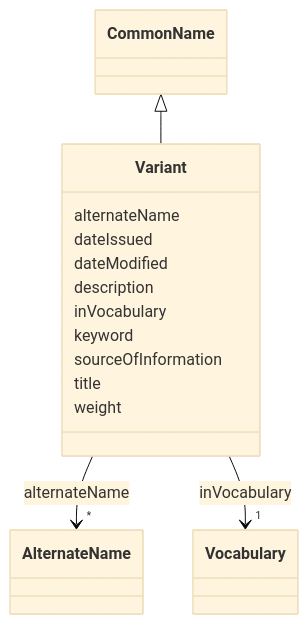
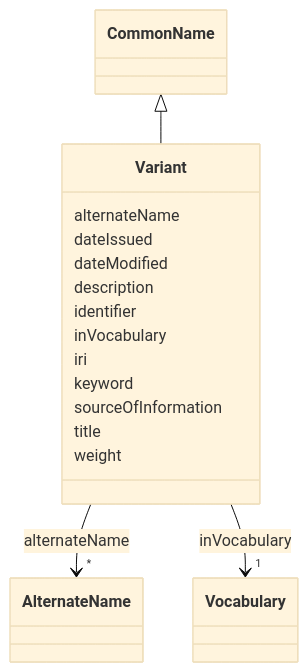
The diagram in models/docs/Variant.md (EVORA-project/evora-ontology), drawn with Mermaid (base theme) before and after one commit. The commit also changed other lines of this file and 391 other files, not shown here.

````diff
--- a/models/docs/Variant.md
+++ b/models/docs/Variant.md
@@ -19,41 +19,45 @@
 ```mermaid
  classDiagram
     class Variant
     click Variant href "../Variant"
       CommonName <|-- Variant
         click CommonName href "../CommonName"
       
       Variant : alternateName
         
           
     
     
     Variant --> "*" AlternateName : alternateName
     click AlternateName href "../AlternateName"
 
         
       Variant : dateIssued
         
       Variant : dateModified
         
       Variant : description
         
+      Variant : identifier
+        
       Variant : inVocabulary
         
           
     
     
     Variant --> "1" Vocabulary : inVocabulary
     click Vocabulary href "../Vocabulary"
 
+        
+      Variant : iri
         
       Variant : keyword
         
       Variant : sourceOfInformation
         
       Variant : title
         
       Variant : weight
         
       
 ```
````
